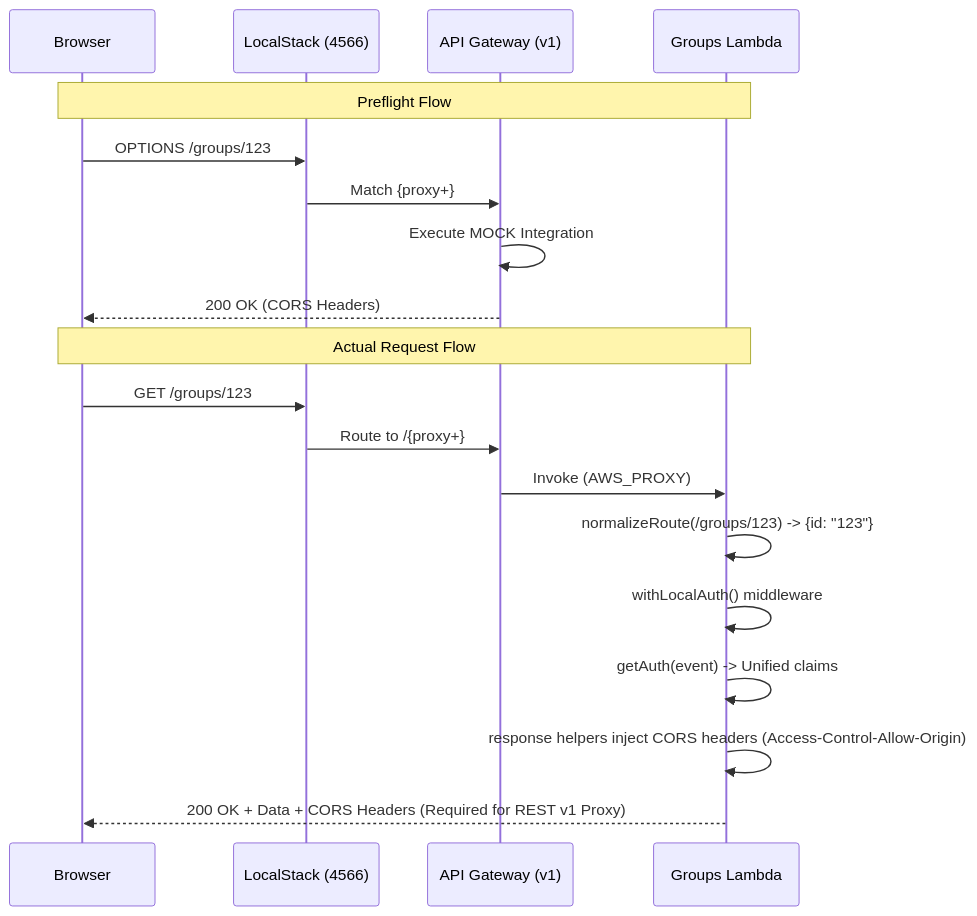
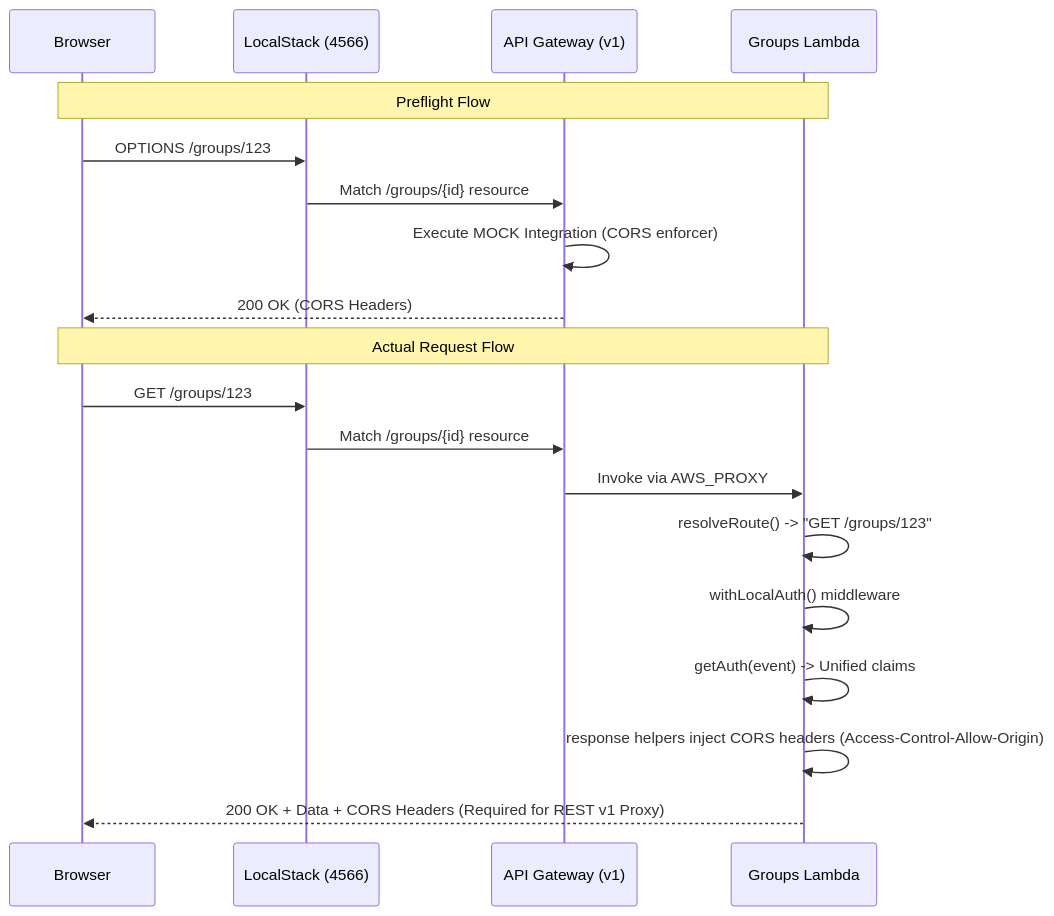
One commit to kekcoke/costscrunch changed the first of 2 diagrams in README.md. Above: the diagram before and after it, drawn with Mermaid. The commit also changed other lines of this file, not shown here.

Commit message:
README: Update Opt2 desc flow

````diff
--- a/README.md
+++ b/README.md
@@ -363,23 +364,23 @@
 ```mermaid
 sequenceDiagram
     participant Browser
     participant LS_Edge as LocalStack (4566)
     participant APIGW as API Gateway (v1)
     participant Lambda as Groups Lambda
 
     Note over Browser, Lambda: Preflight Flow
     Browser->>LS_Edge: OPTIONS /groups/123
-    LS_Edge->>APIGW: Match {proxy+}
-    APIGW->>APIGW: Execute MOCK Integration
+    LS_Edge->>APIGW: Match /groups/{id} resource
+    APIGW->>APIGW: Execute MOCK Integration (CORS enforcer)
     APIGW-->>Browser: 200 OK (CORS Headers)
 
     Note over Browser, Lambda: Actual Request Flow
     Browser->>LS_Edge: GET /groups/123
-    LS_Edge->>APIGW: Route to /{proxy+}
-    APIGW->>Lambda: Invoke (AWS_PROXY)
-    Lambda->>Lambda: normalizeRoute(/groups/123) -> {id: "123"}
+    LS_Edge->>APIGW: Match /groups/{id} resource
+    APIGW->>Lambda: Invoke via AWS_PROXY
+    Lambda->>Lambda: resolveRoute() -> "GET /groups/123"
     Lambda->>Lambda: withLocalAuth() middleware
     Lambda->>Lambda: getAuth(event) -> Unified claims
     Lambda->>Lambda: response helpers inject CORS headers (Access-Control-Allow-Origin)
     Lambda-->>Browser: 200 OK + Data + CORS Headers (Required for REST v1 Proxy)
 ```
````
